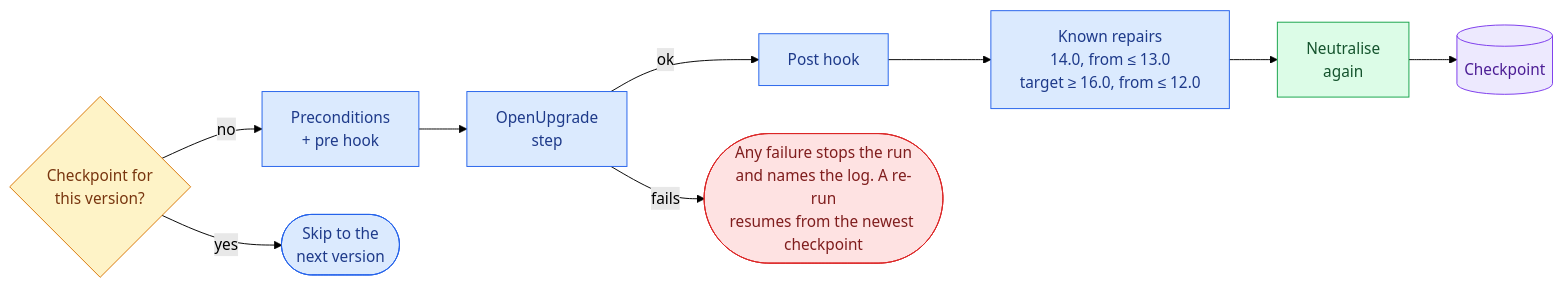
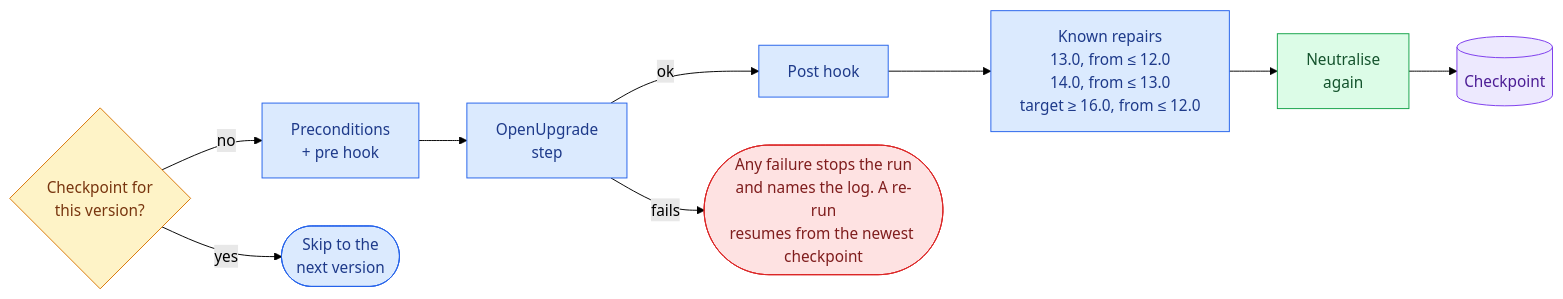
The diagram in docs/migration/running.md (grojof/odoo_dev_workspace_generator), drawn with Mermaid (forest theme) before and after one commit. The commit also changed other lines of this file and 16 other files, not shown here.

````diff
--- a/docs/migration/running.md
+++ b/docs/migration/running.md
@@ -70,17 +70,17 @@
 ```mermaid
 flowchart LR
     K{Checkpoint for<br/>this version?} -- no --> P[Preconditions<br/>+ pre hook] --> O[OpenUpgrade<br/>step]
-    O -- ok --> H[Post hook] --> R[Known repairs<br/>14.0, from ≤ 13.0<br/>target ≥ 16.0, from ≤ 12.0] --> N[Neutralise<br/>again] --> C[(Checkpoint)]
+    O -- ok --> H[Post hook] --> R[Known repairs<br/>13.0, from ≤ 12.0<br/>14.0, from ≤ 13.0<br/>target ≥ 16.0, from ≤ 12.0] --> N[Neutralise<br/>again] --> C[(Checkpoint)]
     K -- yes --> Y([Skip to the<br/>next version])
     O -- fails --> X([Any failure stops the run<br/>and names the log. A re-run<br/>resumes from the newest checkpoint])
     classDef step fill:#dbeafe,stroke:#2563eb,color:#1e3a8a
     classDef ask fill:#fef3c7,stroke:#d97706,color:#78350f
     classDef guard fill:#dcfce7,stroke:#16a34a,color:#14532d
     classDef stop fill:#fee2e2,stroke:#dc2626,color:#7f1d1d
     classDef data fill:#ede9fe,stroke:#7c3aed,color:#4c1d95
     class P,O,H,R,Y step
     class K ask
     class N guard
     class X stop
     class C data
 ```
````
